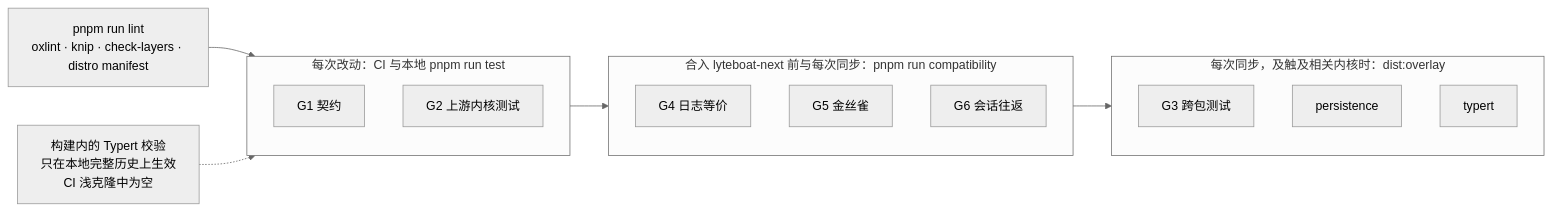
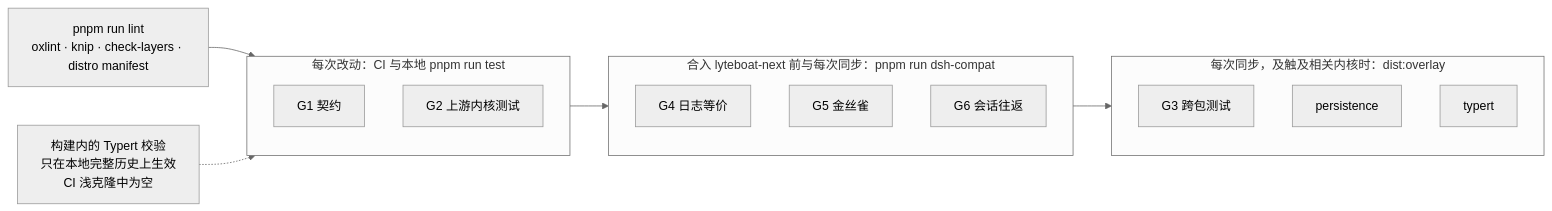
Before and after one commit to lyteboat/boat: the tenth of 13 diagrams in docs/02-distribution.md, drawn with Mermaid (neutral theme). The commit also changed other lines of this file and 44 other files, not shown here.

First line of the commit message:
chore: dsh-compat — the compatibility folder names what it is compatible with

````diff
--- a/docs/02-distribution.md
+++ b/docs/02-distribution.md
@@ -995,23 +995,23 @@
 ```mermaid
 flowchart LR
   LINT["pnpm run lint<br/>oxlint · knip · check-layers · distro manifest"]
   subgraph EVERY["每次改动：CI 与本地 pnpm run test"]
     G1["G1 契约"]
     G2["G2 上游内核测试"]
   end
   TYB["构建内的 Typert 校验<br/>只在本地完整历史上生效<br/>CI 浅克隆中为空"]
-  subgraph PRE["合入 lyteboat-next 前与每次同步：pnpm run compatibility"]
+  subgraph PRE["合入 lyteboat-next 前与每次同步：pnpm run dsh-compat"]
     G4["G4 日志等价"]
     G5["G5 金丝雀"]
     G6["G6 会话往返"]
   end
   subgraph SYNC["每次同步，及触及相关内核时：dist:overlay"]
     G3["G3 跨包测试"]
     PS["persistence"]
     TY["typert"]
   end
   LINT --> EVERY
   TYB -.-> EVERY
   EVERY --> PRE
   PRE --> SYNC
 ```
````
